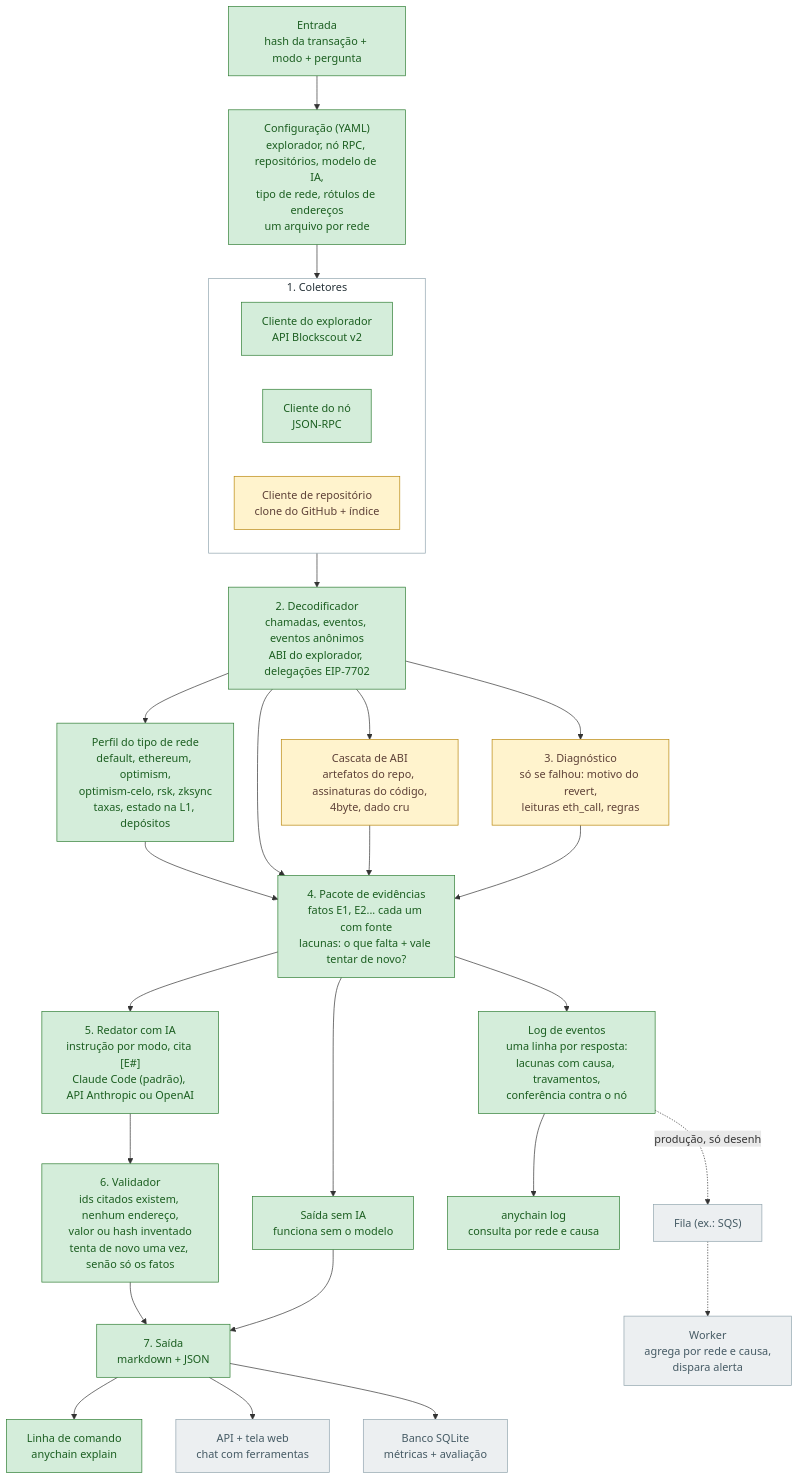
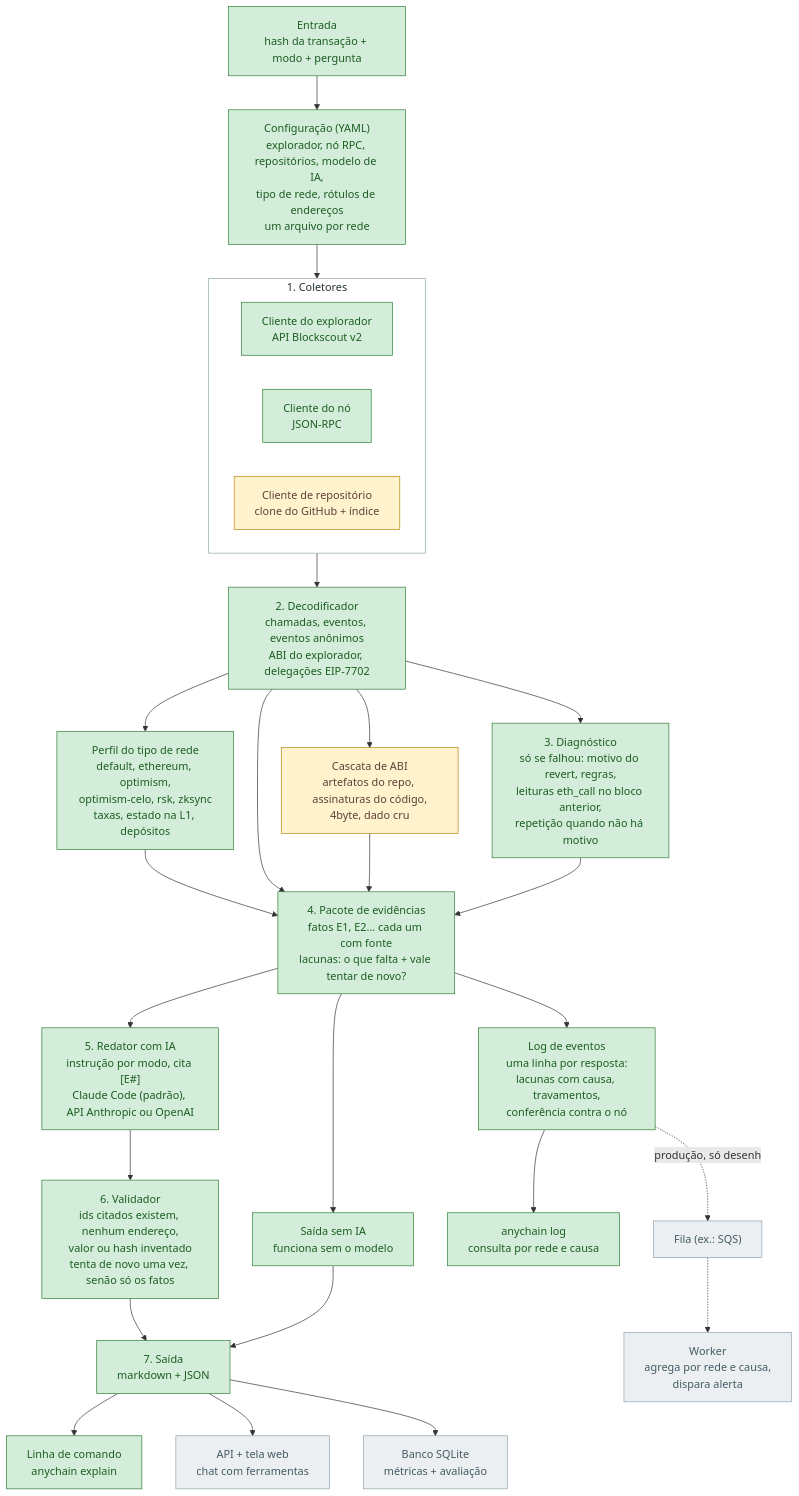
One commit to Ebaoj/anychain changed the first of 5 diagrams in docs/ARCHITECTURE.pt-BR.md. Above: the diagram before and after it, drawn with Mermaid. The commit also changed other lines of this file and 19 other files, not shown here.

````diff
--- a/docs/ARCHITECTURE.pt-BR.md
+++ b/docs/ARCHITECTURE.pt-BR.md
@@ -20,46 +20,46 @@
 ```mermaid
 flowchart TD
     IN["Entrada<br/>hash da transação + modo + pergunta"] --> CFG
 
     CFG["Configuração (YAML)<br/>explorador, nó RPC, repositórios, modelo de IA,<br/>tipo de rede, rótulos de endereços<br/>um arquivo por rede"]
 
     CFG --> COL
     subgraph COL["1. Coletores"]
         EXP["Cliente do explorador<br/>API Blockscout v2"]
         RPC["Cliente do nó<br/>JSON-RPC"]
         REPO["Cliente de repositório<br/>clone do GitHub + índice"]
     end
 
     COL --> DEC["2. Decodificador<br/>chamadas, eventos, eventos anônimos<br/>ABI do explorador, delegações EIP-7702"]
     DEC --> PRO["Perfil do tipo de rede<br/>default, ethereum, optimism,<br/>optimism-celo, rsk, zksync<br/>taxas, estado na L1, depósitos"]
     PRO --> BUN
     DEC --> CAS["Cascata de ABI<br/>artefatos do repo, assinaturas do código,<br/>4byte, dado cru"]
-    DEC --> DIAG["3. Diagnóstico<br/>só se falhou: motivo do revert,<br/>leituras eth_call, regras"]
+    DEC --> DIAG["3. Diagnóstico<br/>só se falhou: motivo do revert, regras,<br/>leituras eth_call no bloco anterior,<br/>repetição quando não há motivo"]
     DEC --> BUN
     CAS --> BUN
     DIAG --> BUN
 
     BUN["4. Pacote de evidências<br/>fatos E1, E2... cada um com fonte<br/>lacunas: o que falta + vale tentar de novo?"]
     BUN --> WRI["5. Redator com IA<br/>instrução por modo, cita [E#]<br/>Claude Code (padrão), API Anthropic ou OpenAI"]
     BUN --> REN["Saída sem IA<br/>funciona sem o modelo"]
     WRI --> VAL["6. Validador<br/>ids citados existem, nenhum endereço,<br/>valor ou hash inventado<br/>tenta de novo uma vez, senão só os fatos"]
     VAL --> OUT
     REN --> OUT
 
     OUT["7. Saída<br/>markdown + JSON"] --> CLI["Linha de comando<br/>anychain explain"]
     OUT --> API["API + tela web<br/>chat com ferramentas"]
     OUT --> DB["Banco SQLite<br/>métricas + avaliação"]
     BUN --> LOG["Log de eventos<br/>uma linha por resposta:<br/>lacunas com causa, travamentos,<br/>conferência contra o nó"]
     LOG --> QRY["anychain log<br/>consulta por rede e causa"]
     LOG -.produção, só desenho.-> FILA["Fila (ex.: SQS)"]
     FILA -.-> WRK["Worker<br/>agrega por rede e causa,<br/>dispara alerta"]
 
     classDef done fill:#d4edda,stroke:#2e7d32,color:#1b5e20
     classDef next fill:#fff3cd,stroke:#b8860b,color:#5d4037
     classDef later fill:#eceff1,stroke:#90a4ae,color:#455a64
 
-    class IN,CFG,EXP,RPC,DEC,PRO,BUN,WRI,REN,OUT,CLI,LOG,QRY,VAL done
-    class REPO,CAS,DIAG next
+    class IN,CFG,EXP,RPC,DEC,PRO,BUN,WRI,REN,OUT,CLI,LOG,QRY,VAL,DIAG done
+    class REPO,CAS next
     class API,DB,FILA,WRK later
     style COL fill:#ffffff,stroke:#90a4ae,color:#263238
 ```
````
